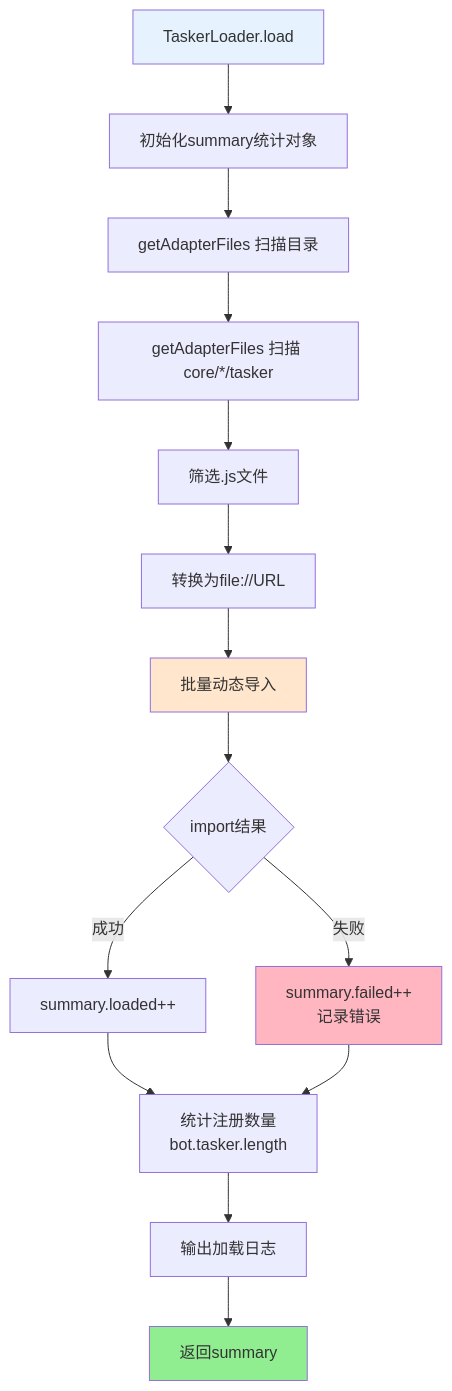
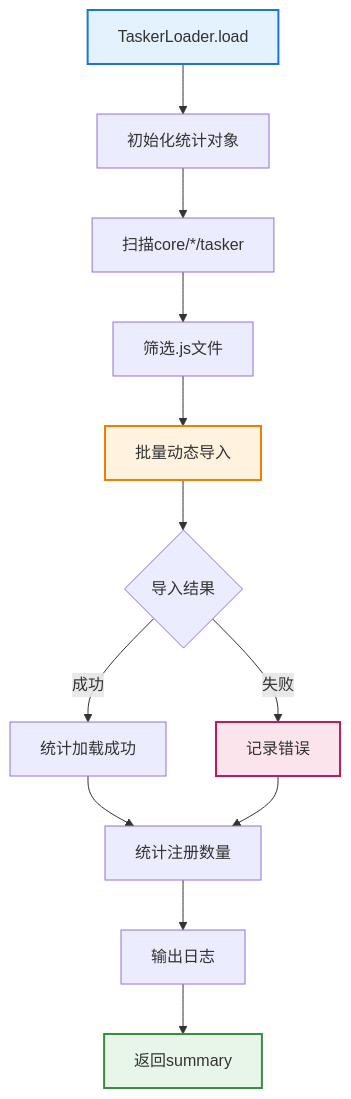
Before and after one commit to sunflowermm/XRK-AGT: the first of 2 diagrams in docs/tasker-loader.md, drawn with Mermaid. The commit also changed other lines of this file and 19 other files, not shown here.

````diff
--- a/docs/tasker-loader.md
+++ b/docs/tasker-loader.md
@@ -35,21 +35,19 @@
 ```mermaid
 flowchart TB
-    A[TaskerLoader.load] --> B[初始化summary统计对象]
-    B --> C[getAdapterFiles 扫描目录]
-    C --> D[getAdapterFiles 扫描 core/*/tasker]
-    D --> E[筛选.js文件]
-    E --> F[转换为file://URL]
-    F --> G[批量动态导入]
-    G --> H{import结果}
-    H -->|成功| I[summary.loaded++]
-    H -->|失败| J[summary.failed++<br/>记录错误]
-    I --> K[统计注册数量<br/>bot.tasker.length]
-    J --> K
-    K --> L[输出加载日志]
-    L --> M[返回summary]
+    A["TaskerLoader.load"] --> B["初始化统计对象"]
+    B --> C["扫描core/*/tasker"]
+    C --> D["筛选.js文件"]
+    D --> E["批量动态导入"]
+    E --> F{"导入结果"}
+    F -->|成功| G["统计加载成功"]
+    F -->|失败| H["记录错误"]
+    G --> I["统计注册数量"]
+    H --> I
+    I --> J["输出日志"]
+    J --> K["返回summary"]
     
-    style A fill:#E6F3FF
-    style G fill:#FFE6CC
-    style M fill:#90EE90
-    style J fill:#FFB6C1
+    style A fill:#E3F2FD,stroke:#1976D2,stroke-width:2px
+    style E fill:#FFF3E0,stroke:#F57C00,stroke-width:2px
+    style K fill:#E8F5E9,stroke:#388E3C,stroke-width:2px
+    style H fill:#FCE4EC,stroke:#C2185B,stroke-width:2px
 ```
````
